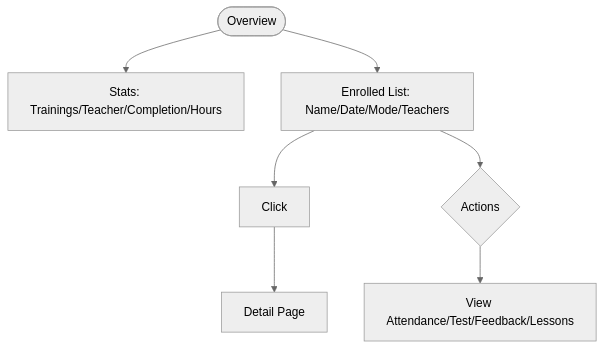
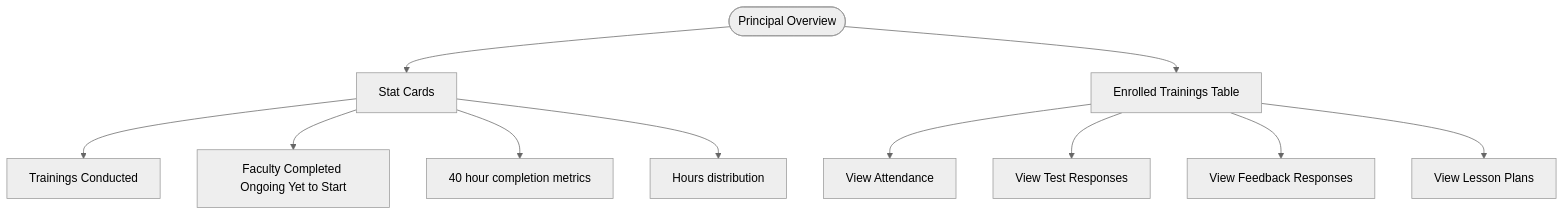
Before and after one commit to gunjangupta-gh/placeintern: the ninth of 27 diagrams in TRAINING_CALENDAR_FLOW_DIAGRAMS.md, drawn with Mermaid (neutral theme). The commit also changed other lines of this file and 1 other file, not shown here.

Commit message:
feat: add timezone handling for attendance date resolution in TrainingAttendanceService

````diff
--- a/TRAINING_CALENDAR_FLOW_DIAGRAMS.md
+++ b/TRAINING_CALENDAR_FLOW_DIAGRAMS.md
@@ -190,8 +152,13 @@
 ```mermaid
 flowchart TD
-    A([Overview])-->B[Stats: Trainings/Teacher/Completion/Hours]
-    A-->C[Enrolled List: Name/Date/Mode/Teachers]
-    C-->D[Click]-->E[Detail Page]
-    C-->F{Actions}
-    F-->G[View Attendance/Test/Feedback/Lessons]
+    A([Principal Overview]) --> B[Stat Cards]
+    B --> C[Trainings Conducted]
+    B --> D[Faculty Completed Ongoing Yet to Start]
+    B --> E[40 hour completion metrics]
+    B --> F[Hours distribution]
+    A --> G[Enrolled Trainings Table]
+    G --> H[View Attendance]
+    G --> I[View Test Responses]
+    G --> J[View Feedback Responses]
+    G --> K[View Lesson Plans]
 ```
````
